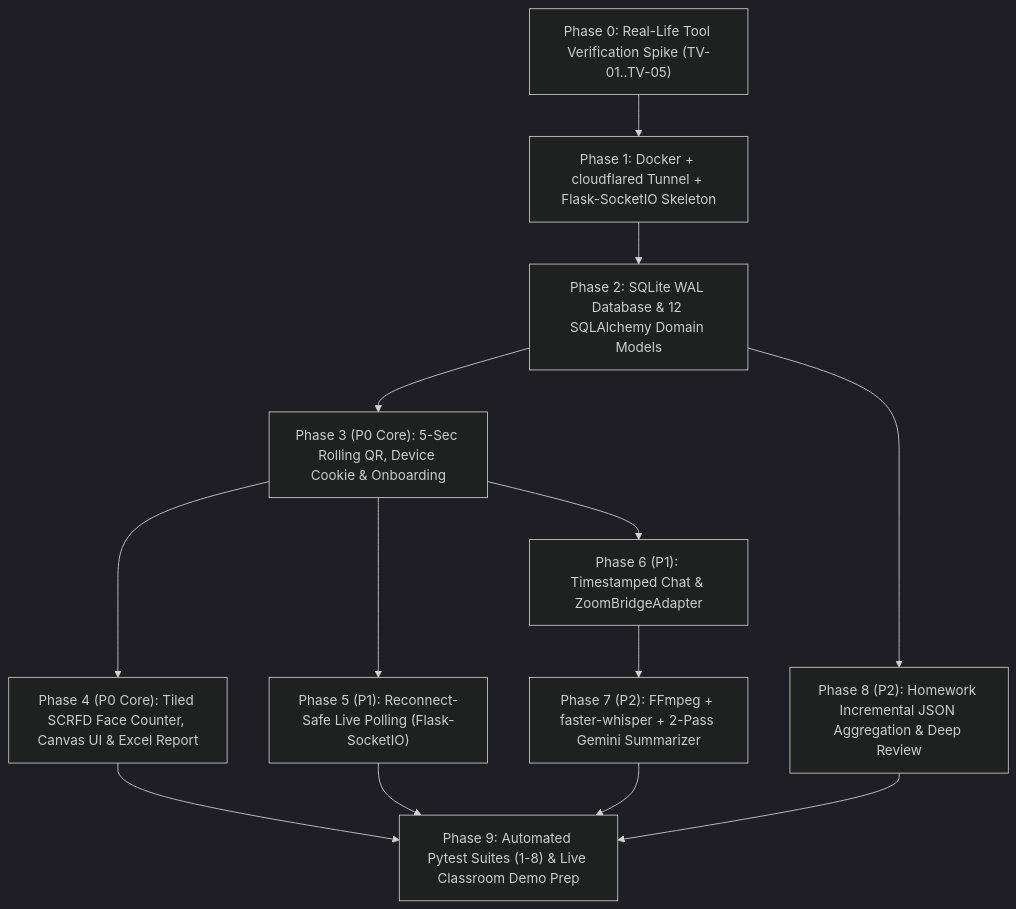
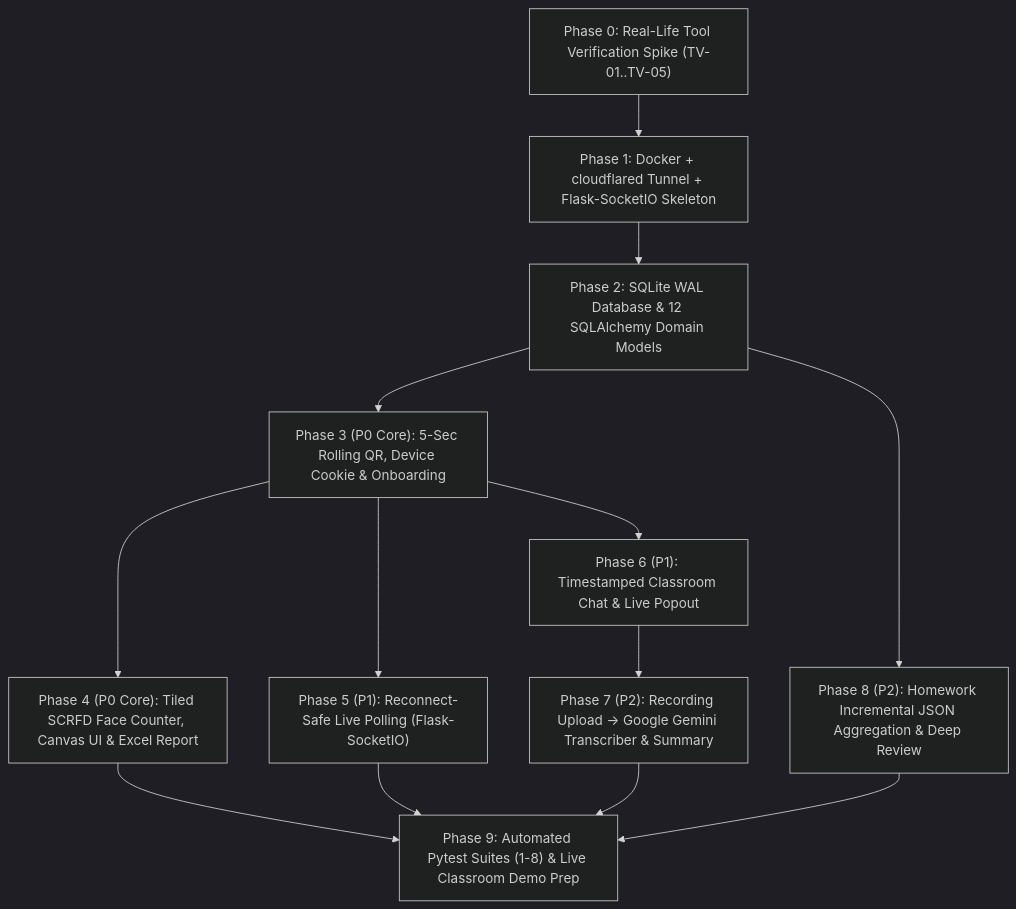
Before and after one commit to ohad-BN/Ex1: the first of 6 diagrams in docs/implementation_plan.md, drawn with Mermaid (dark theme). The commit also changed other lines of this file and 32 other files, not shown here.

````diff
--- a/docs/implementation_plan.md
+++ b/docs/implementation_plan.md
@@ -13,15 +13,15 @@
 ```mermaid
 flowchart TD
     P0["Phase 0: Real-Life Tool Verification Spike (TV-01..TV-05)"] --> P1["Phase 1: Docker + cloudflared Tunnel + Flask-SocketIO Skeleton"]
     P1 --> P2["Phase 2: SQLite WAL Database & 12 SQLAlchemy Domain Models"]
     P2 --> P3["Phase 3 (P0 Core): 5-Sec Rolling QR, Device Cookie & Onboarding"]
     P3 --> P4["Phase 4 (P0 Core): Tiled SCRFD Face Counter, Canvas UI & Excel Report"]
     P3 --> P5["Phase 5 (P1): Reconnect-Safe Live Polling (Flask-SocketIO)"]
-    P3 --> P6["Phase 6 (P1): Timestamped Chat & ZoomBridgeAdapter"]
-    P6 --> P7["Phase 7 (P2): FFmpeg + faster-whisper + 2-Pass Gemini Summarizer"]
+    P3 --> P6["Phase 6 (P1): Timestamped Classroom Chat & Live Popout"]
+    P6 --> P7["Phase 7 (P2): Recording Upload -> Google Gemini Transcriber & Summary"]
     P2 --> P8["Phase 8 (P2): Homework Incremental JSON Aggregation & Deep Review"]
     P4 --> P9["Phase 9: Automated Pytest Suites (1-8) & Live Classroom Demo Prep"]
     P5 --> P9
     P7 --> P9
     P8 --> P9
 ```
````
